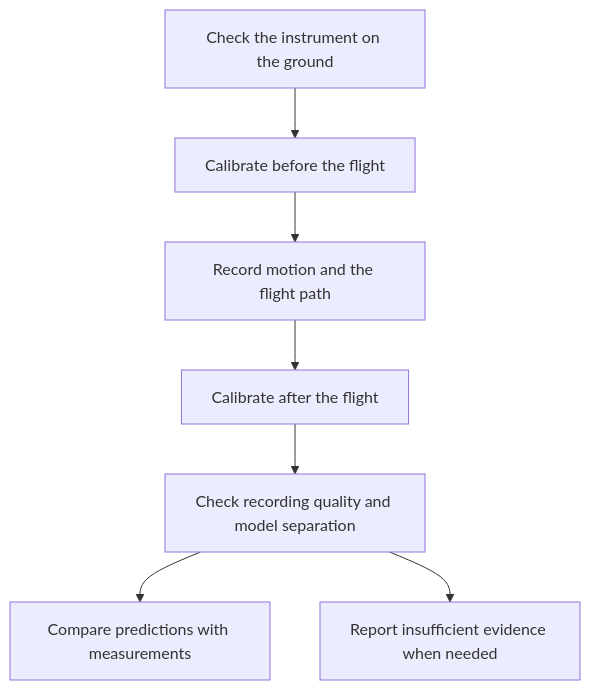
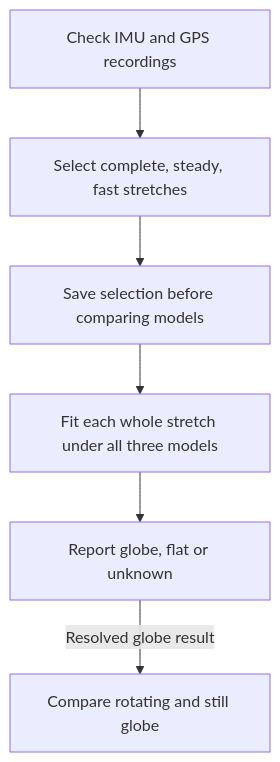
The diagram in README.md (sweisman/local-level-lab), drawn with Mermaid before and after one commit. The commit also changed other lines of this file and 46 other files, not shown here.

````diff
--- a/README.md
+++ b/README.md
@@ -63,9 +51,8 @@
 ```mermaid
 flowchart TD
-    A[Check the instrument on the ground] --> B[Calibrate before the flight]
-    B --> C[Record motion and the flight path]
-    C --> D[Calibrate after the flight]
-    D --> E[Check recording quality and model separation]
-    E --> F[Compare predictions with measurements]
-    E --> G[Report insufficient evidence when needed]
+    A[Check IMU and GPS recordings] --> B[Select complete, steady, fast stretches]
+    B --> C[Save selection before comparing models]
+    C --> D[Fit each whole stretch under all three models]
+    D --> E[Report globe, flat or unknown]
+    E -->|Resolved globe result| F[Compare rotating and still globe]
 ```
````
